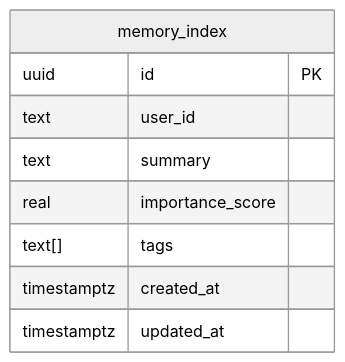
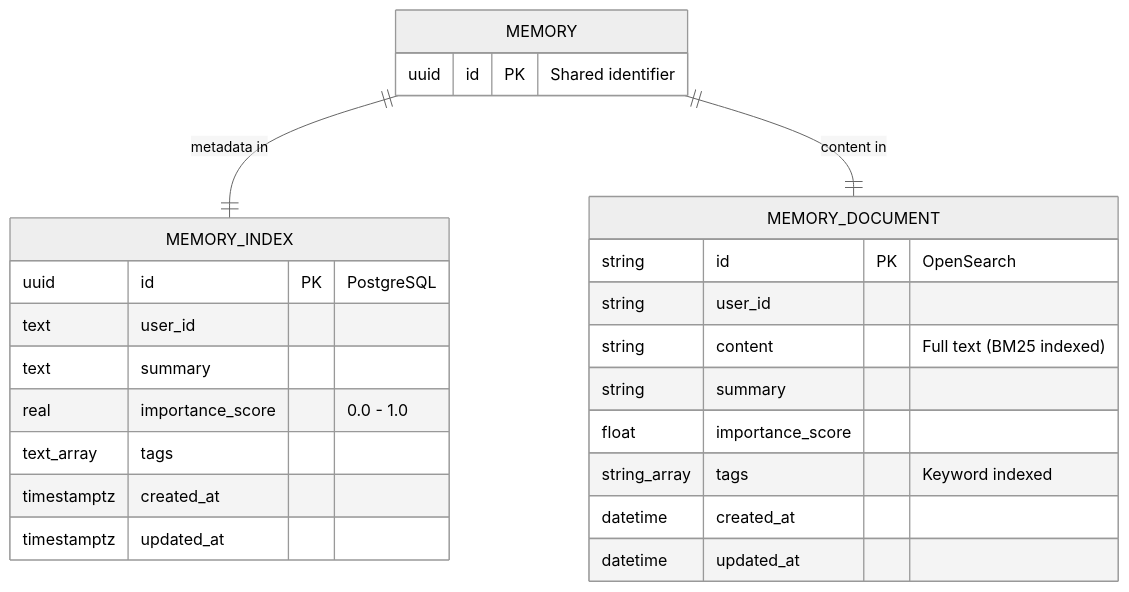
The fifth of 12 diagrams in docs/DESIGN.md (OpenTech-Lab/openmemory), drawn with Mermaid (neutral theme) before and after one commit. The commit also changed other lines of this file and 1 other file, not shown here.

Commit message:
docs: add usage tip for memory_save in README and clarify memory data model in DESIGN.md

````diff
--- a/docs/DESIGN.md
+++ b/docs/DESIGN.md
@@ -184,12 +184,30 @@
 ```mermaid
 erDiagram
-    memory_index {
-        uuid id PK
+    MEMORY ||--|| MEMORY_INDEX : "metadata in"
+    MEMORY ||--|| MEMORY_DOCUMENT : "content in"
+
+    MEMORY {
+        uuid id PK "Shared identifier"
+    }
+
+    MEMORY_INDEX {
+        uuid id PK "PostgreSQL"
         text user_id
         text summary
-        real importance_score
-        text[] tags
+        real importance_score "0.0 - 1.0"
+        text_array tags
         timestamptz created_at
         timestamptz updated_at
     }
+
+    MEMORY_DOCUMENT {
+        string id PK "OpenSearch"
+        string user_id
+        string content "Full text (BM25 indexed)"
+        string summary
+        float importance_score
+        string_array tags "Keyword indexed"
+        datetime created_at
+        datetime updated_at
+    }
 ```
````
